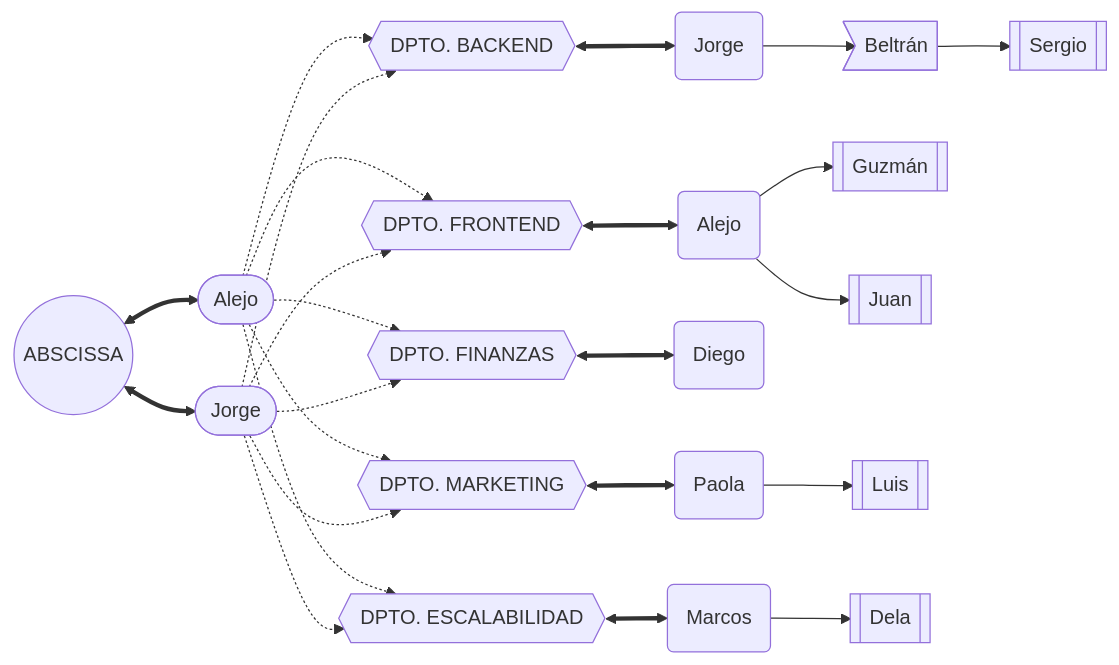
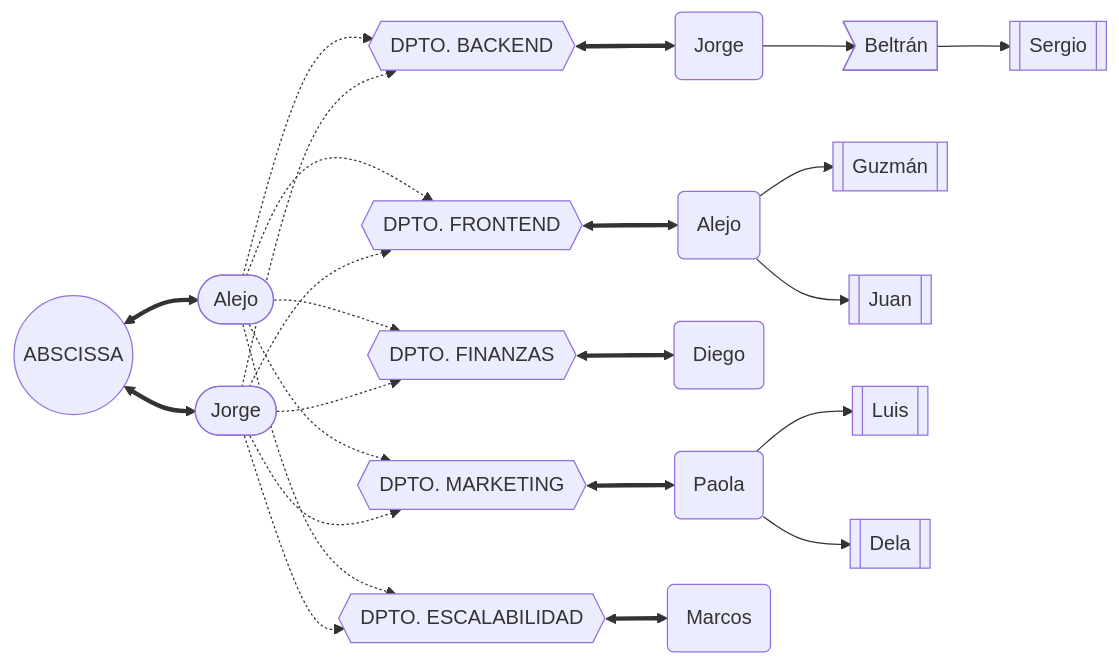
One commit to alejandro-vaz/abscissa changed the diagram in abscissa.md. Above: the diagram before and after it, drawn with Mermaid. The commit also changed 18 other files, not shown here.

````diff
--- a/abscissa.md
+++ b/abscissa.md
@@ -133,10 +133,10 @@
 
     paola --> luis
 
+    paola --> dela
+
 
 
     ESCALABILIDAD <==> marcos
 
-    marcos --> dela
-
 ```
````
